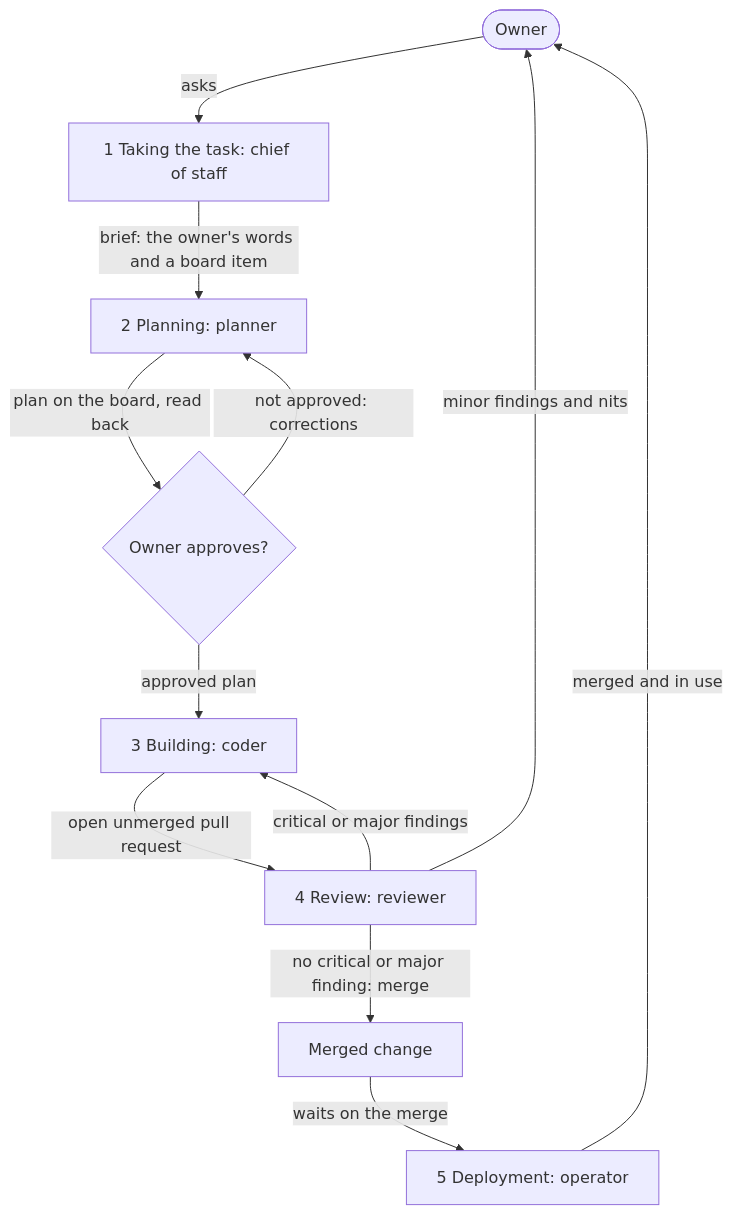
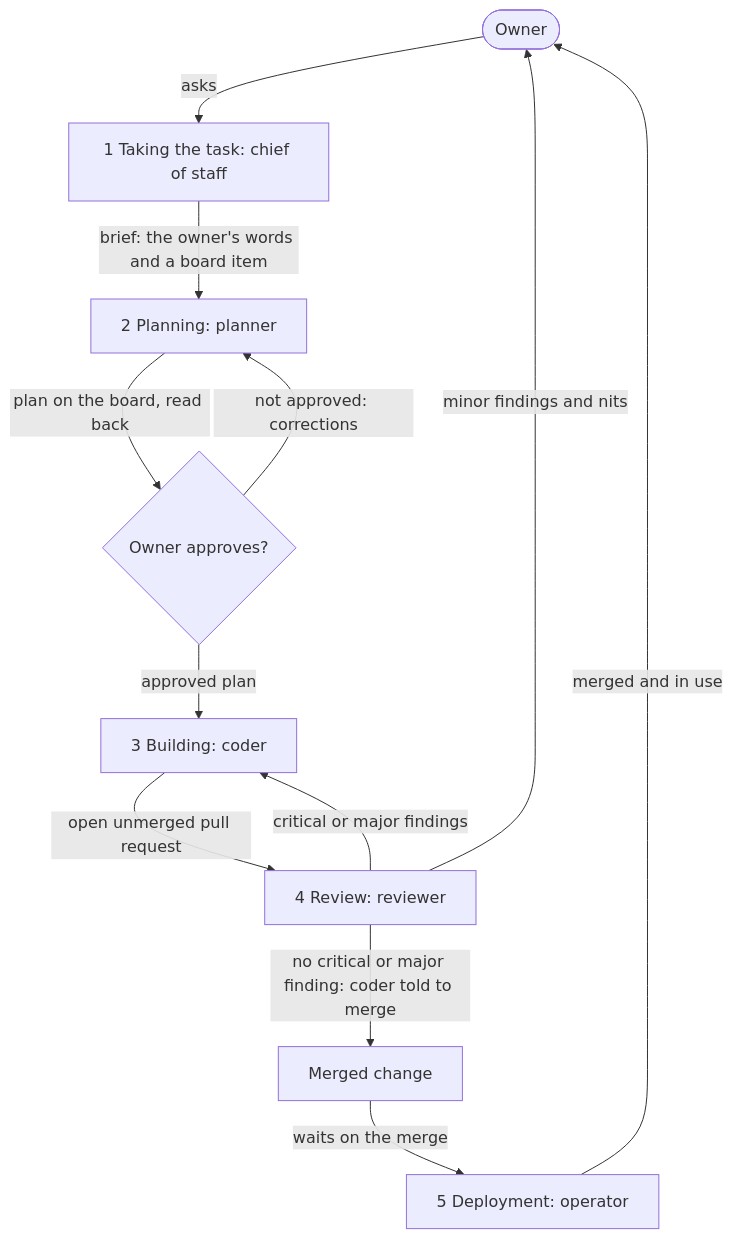
One commit to danielstewart77/hive-mind changed the diagram in docs/workflows/chief-of-staff/README.md. Above: the diagram before and after it, drawn with Mermaid.

Commit message:
top document: the diagram shows the coder merging when told

````diff
--- a/docs/workflows/chief-of-staff/README.md
+++ b/docs/workflows/chief-of-staff/README.md
@@ -5,14 +5,14 @@
 ```mermaid
 flowchart TD
   Owner([Owner]) -->|asks| Take[1 Taking the task: chief of staff]
   Take -->|brief: the owner's words and a board item| Plan[2 Planning: planner]
   Plan -->|plan on the board, read back| Ok{Owner approves?}
   Ok -->|not approved: corrections| Plan
   Ok -->|approved plan| Build[3 Building: coder]
   Build -->|open unmerged pull request| Review[4 Review: reviewer]
   Review -->|critical or major findings| Build
   Review -->|minor findings and nits| Owner
-  Review -->|no critical or major finding: merge| Merged[Merged change]
+  Review -->|no critical or major finding: coder told to merge| Merged[Merged change]
   Merged -->|waits on the merge| Deploy[5 Deployment: operator]
   Deploy -->|merged and in use| Owner
 ```
````
